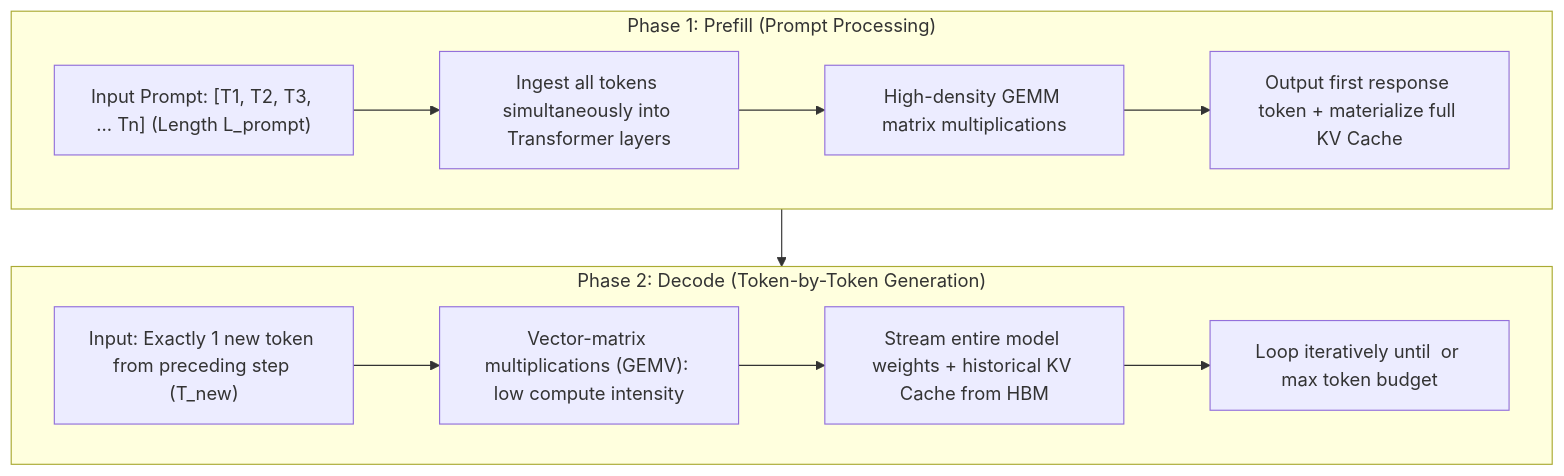
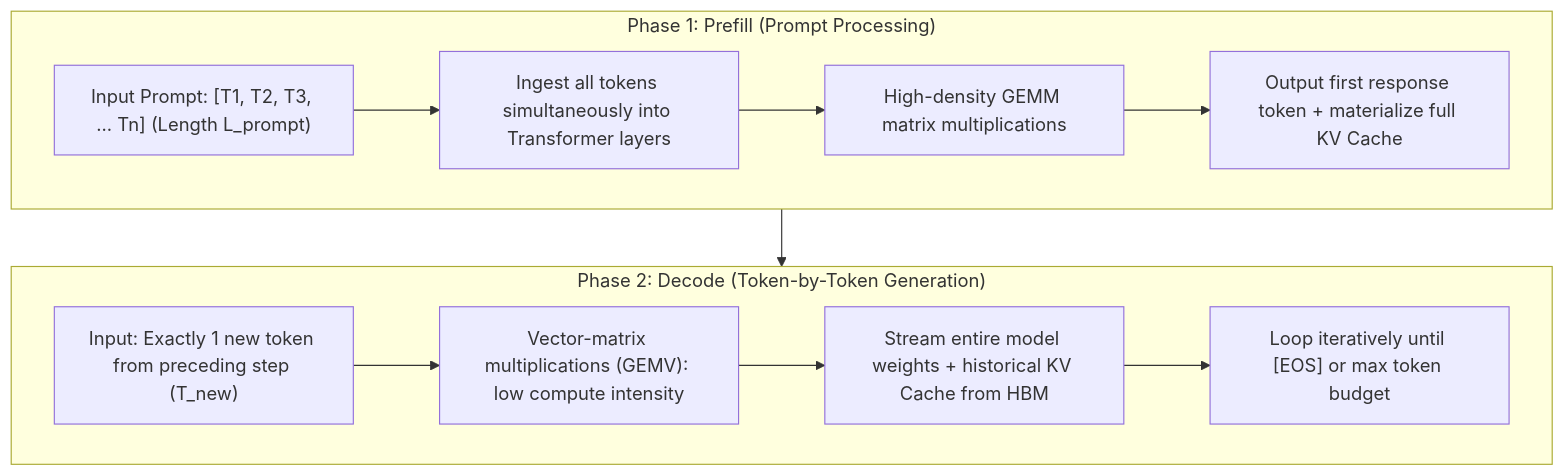
Before and after one commit to ifnodoraemon/ifnodoraemon.github.io: the first of 4 diagrams in content/en/articles/inference-roofline-prefill-decode.en.md, drawn with Mermaid. The commit also changed 6 other files, not shown here.

Commit message:
fix(mermaid): replace unescaped <EOS> tags with [EOS] to fix browser DOM parse error and add lint rule

````diff
--- a/content/en/articles/inference-roofline-prefill-decode.en.md
+++ b/content/en/articles/inference-roofline-prefill-decode.en.md
@@ -67,16 +67,16 @@
 ```mermaid
 flowchart TD
     subgraph Prefill["Phase 1: Prefill (Prompt Processing)"]
         P1["Input Prompt: [T1, T2, T3, ... Tn] (Length L_prompt)"] --> P2["Ingest all tokens simultaneously into Transformer layers"]
         P2 --> P3["High-density GEMM matrix multiplications"]
         P3 --> P4["Output first response token + materialize full KV Cache"]
     end
 
     subgraph Decode["Phase 2: Decode (Token-by-Token Generation)"]
         D1["Input: Exactly 1 new token from preceding step (T_new)"] --> D2["Vector-matrix multiplications (GEMV): low compute intensity"]
         D2 --> D3["Stream entire model weights + historical KV Cache from HBM"]
-        D3 --> D4["Loop iteratively until <EOS> or max token budget"]
+        D3 --> D4["Loop iteratively until [EOS] or max token budget"]
     end
 
     Prefill --> Decode
 ```
````
